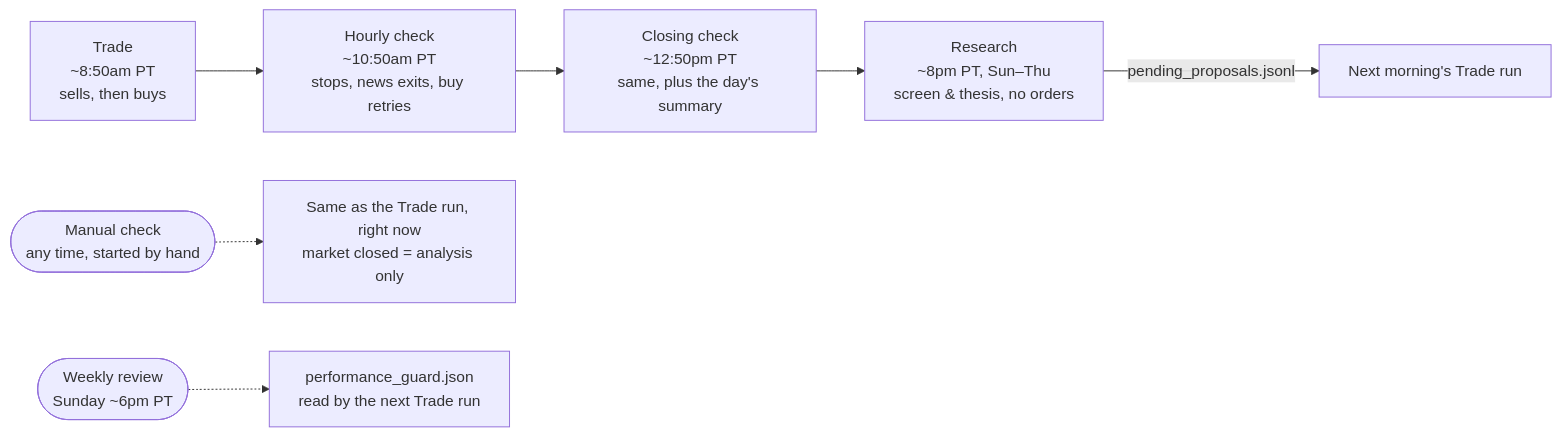
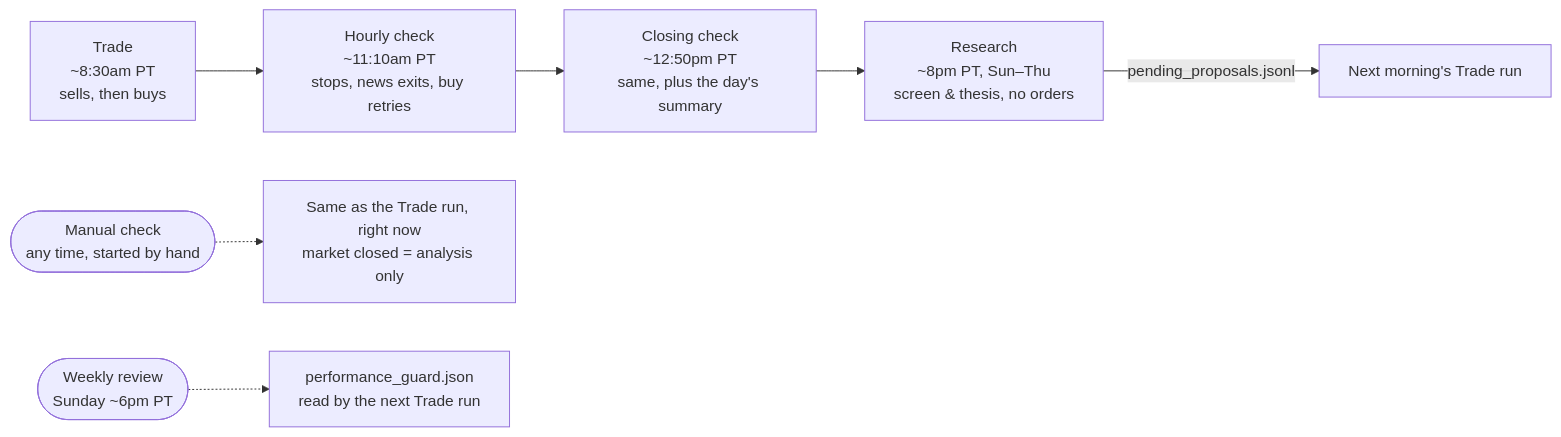
Before and after one commit to HarryXiong24/agentic-trader: the first of 3 diagrams in README.md, drawn with Mermaid. The commit also changed other lines of this file and 2 other files, not shown here.

First line of the commit message:
Docs: Trade run ~8:30am, hourly check ~11:10am PT

````diff
--- a/README.md
+++ b/README.md
@@ -156,9 +156,9 @@
 ```mermaid
 flowchart LR
-    B["Trade<br/>~8:50am PT<br/>sells, then buys"] --> HC["Hourly check<br/>~10:50am PT<br/>stops, news exits, buy retries"]
+    B["Trade<br/>~8:30am PT<br/>sells, then buys"] --> HC["Hourly check<br/>~11:10am PT<br/>stops, news exits, buy retries"]
     HC --> C["Closing check<br/>~12:50pm PT<br/>same, plus the day's summary"]
     C --> A["Research<br/>~8pm PT, Sun–Thu<br/>screen & thesis, no orders"]
     A -- "pending_proposals.jsonl" --> B2["Next morning's Trade run"]
     H(["Manual check<br/>any time, started by hand"]) -.-> X["Same as the Trade run, right now<br/>market closed = analysis only"]
     W(["Weekly review<br/>Sunday ~6pm PT"]) -.-> G["performance_guard.json<br/>read by the next Trade run"]
 ```
````
